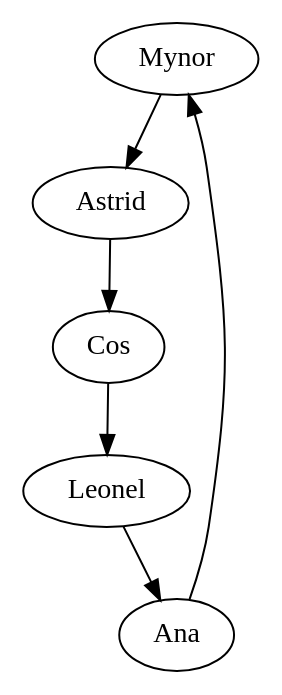
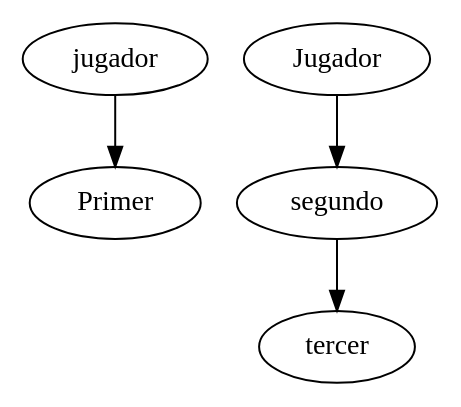
The diagram in src/PLCircular/GraficaListaCircular.dot (Mynor16/Practica1s12017_201213197), drawn with Graphviz before and after one commit. The commit also changed 16 other files, not shown here.

```diff
--- a/src/PLCircular/GraficaListaCircular.dot
+++ b/src/PLCircular/GraficaListaCircular.dot
@@ -1,12 +1,8 @@
 digraph G 
- {Mynor;
-Astrid;
-Cos;
-Leonel;
-Ana;
-Mynor->Astrid;
-Astrid->Cos;
-Cos->Leonel;
-Leonel->Ana;
-Ana->Mynor;
+ {Primer Jugador;
+segundo;
+tercer jugador;
+Primer Jugador->segundo;
+segundo->tercer jugador;
+tercer jugador->Primer Jugador;
 }
```
